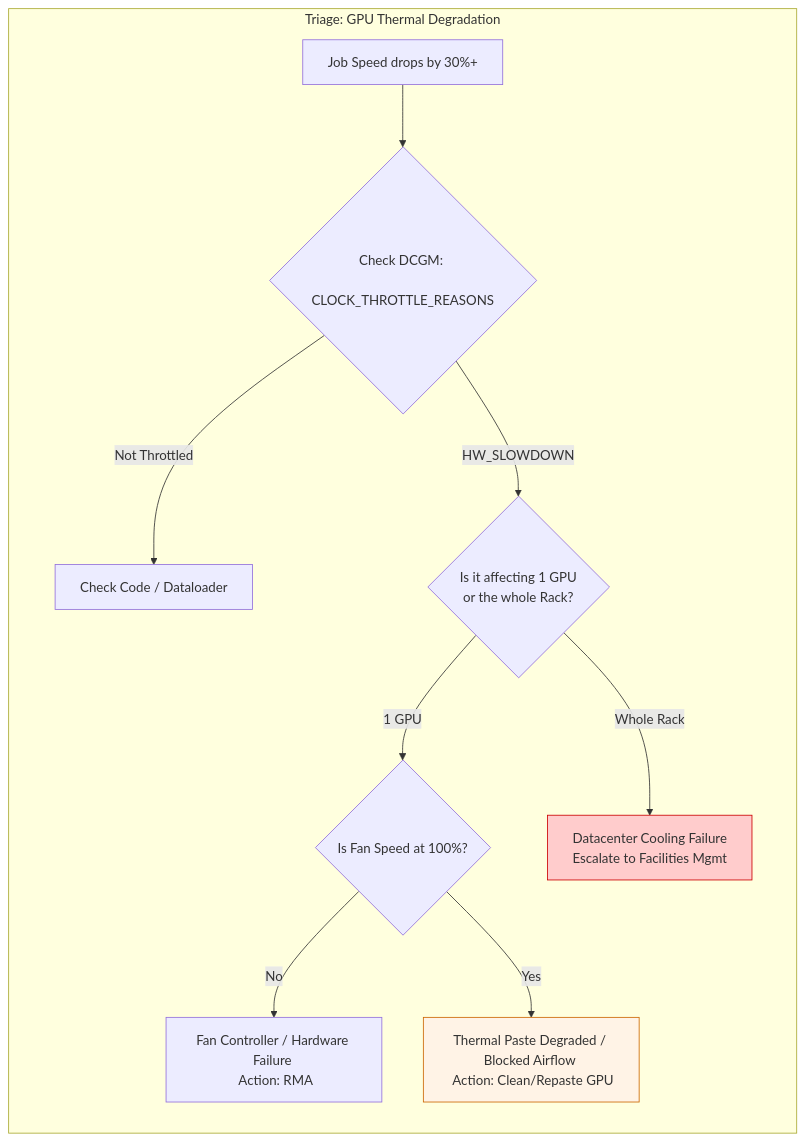
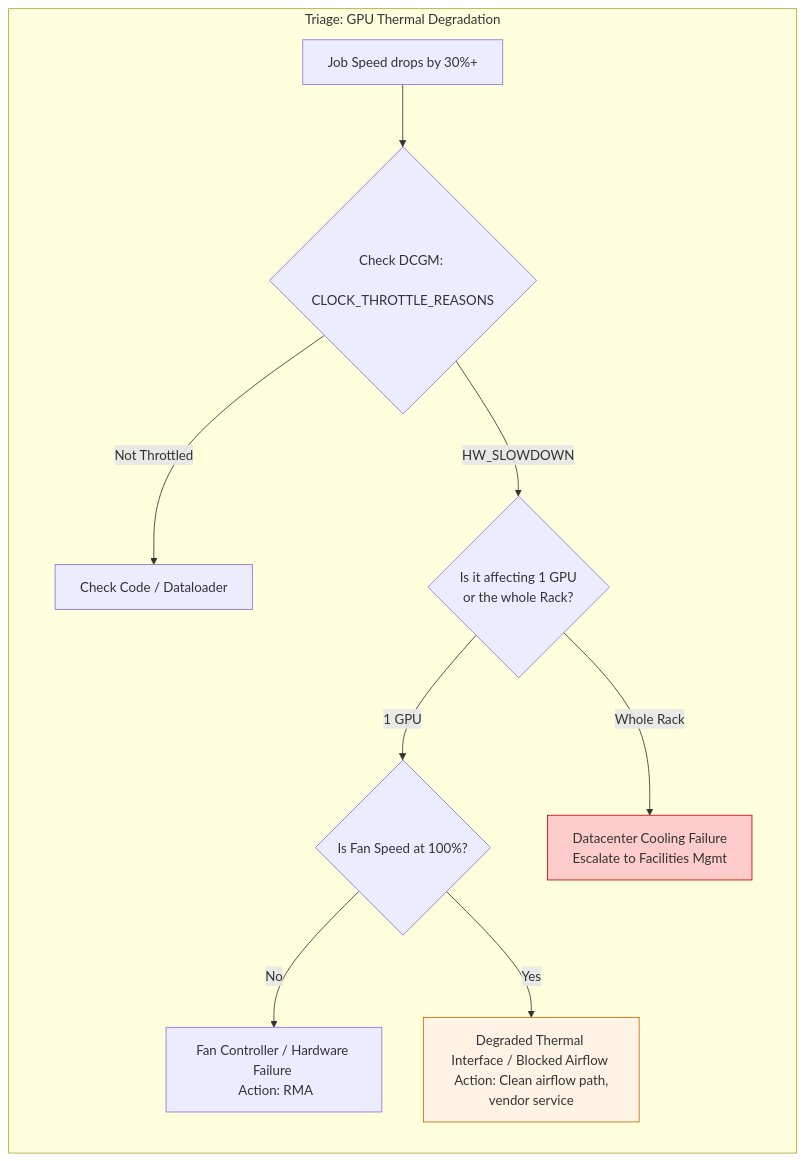
Before and after one commit to jithinpnjm/nvidia-devops: the second of 2 diagrams in docs/nvidia-zero-to-hero/volume-20/chapter-06-thermal-throttling-and-cooling-degradation.md, drawn with Mermaid. The commit also changed other lines of this file and 289 other files, not shown here.

````diff
--- a/docs/nvidia-zero-to-hero/volume-20/chapter-06-thermal-throttling-and-cooling-degradation.md
+++ b/docs/nvidia-zero-to-hero/volume-20/chapter-06-thermal-throttling-and-cooling-degradation.md
@@ -387,20 +367,20 @@
 ```mermaid
 flowchart TD
     subgraph Triage_Thermal_Throttling["Triage: GPU Thermal Degradation"]
         direction TB
         
         Alert[Job Speed drops by 30%+] --> Throttled{Check DCGM: <br/> CLOCK_THROTTLE_REASONS}
         
         Throttled -->|Not Throttled| Software[Check Code / Dataloader]
         Throttled -->|HW_SLOWDOWN| Scope{Is it affecting 1 GPU <br/> or the whole Rack?}
         
         Scope -->|1 GPU| Fan{Is Fan Speed at 100%?}
         Scope -->|Whole Rack| HVAC[Datacenter Cooling Failure <br/> Escalate to Facilities Mgmt]
         
         Fan -->|No| BrokenFan[Fan Controller / Hardware Failure <br/> Action: RMA]
-        Fan -->|Yes| Paste[Thermal Paste Degraded / Blocked Airflow <br/> Action: Clean/Repaste GPU]
+        Fan -->|Yes| Paste[Degraded Thermal Interface / Blocked Airflow <br/> Action: Clean airflow path, vendor service]
     end
     
     style HVAC fill:#ffcccc,stroke:#cc0000
     style Paste fill:#fff3e6,stroke:#cc6600
 ```
````
